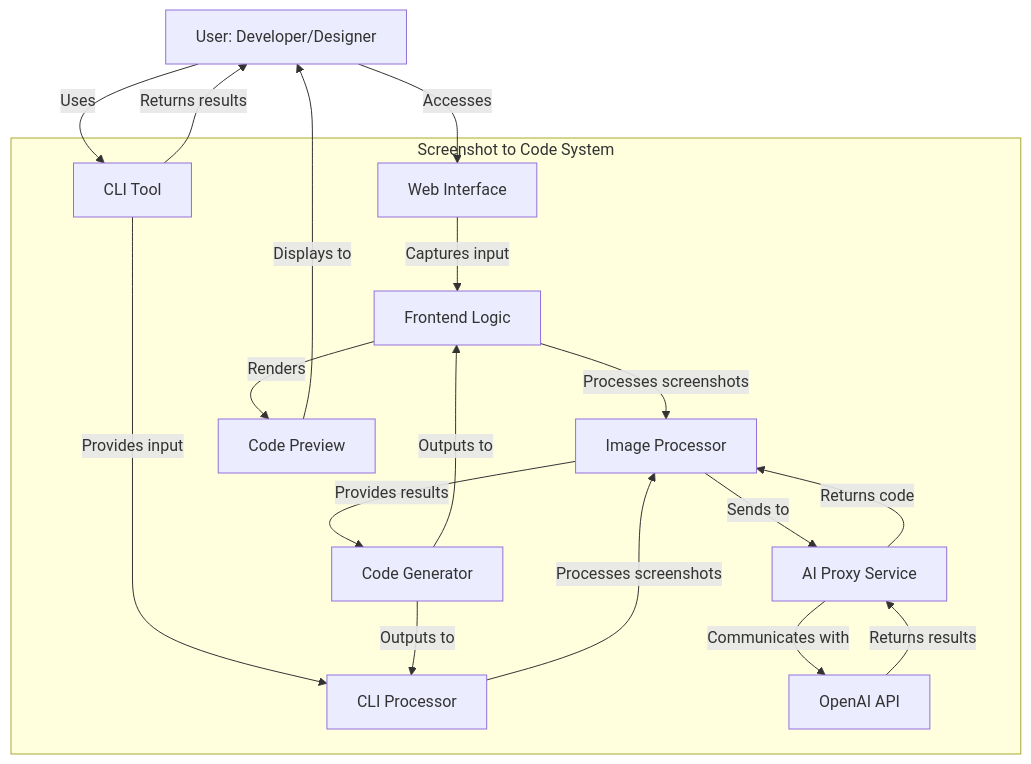
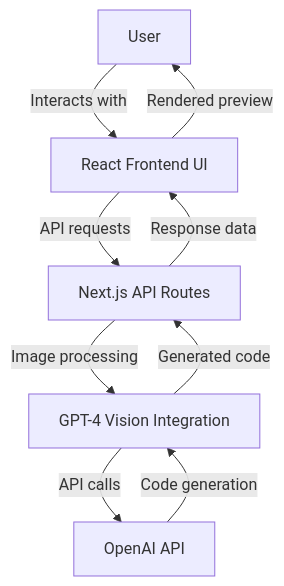
Before and after one commit to xvnpw/ai-security-analyzer: the second of 4 diagrams in examples/github-sec-design-screenshot-to-code-anthropicclaude-3.7-sonnetthinking.md, drawn with Mermaid. The commit also changed other lines of this file and 30 other files, not shown here.

````diff
--- a/examples/github-sec-design-screenshot-to-code-anthropicclaude-3.7-sonnetthinking.md
+++ b/examples/github-sec-design-screenshot-to-code-anthropicclaude-3.7-sonnetthinking.md
@@ -95,30 +88,11 @@
 ```mermaid
 graph TD
-    User[User: Developer/Designer] -->|Accesses| WebUI[Web Interface]
-    User -->|Uses| CLI[CLI Tool]
-
-    subgraph "Screenshot to Code System"
-        WebUI -->|Captures input| FrontendLogic[Frontend Logic]
-        CLI -->|Provides input| CLIProcessor[CLI Processor]
-
-        FrontendLogic -->|Processes screenshots| ImageProcessor[Image Processor]
-        CLIProcessor -->|Processes screenshots| ImageProcessor
-
-        ImageProcessor -->|Sends to| AIProxyService[AI Proxy Service]
-
-        AIProxyService -->|Communicates with| OpenAI[OpenAI API]
-
-        OpenAI -->|Returns results| AIProxyService
-        AIProxyService -->|Returns code| ImageProcessor
-
-        ImageProcessor -->|Provides results| CodeGenerator[Code Generator]
-
-        CodeGenerator -->|Outputs to| FrontendLogic
-        CodeGenerator -->|Outputs to| CLIProcessor
-
-        FrontendLogic -->|Renders| CodePreview[Code Preview]
-    end
-
-    CLI -->|Returns results| User
-    CodePreview -->|Displays to| User
+    User[User] -->|Interacts with| FrontendUI[React Frontend UI]
+    FrontendUI -->|API requests| BackendServices[Next.js API Routes]
+    BackendServices -->|Image processing| AIInteraction[GPT-4 Vision Integration]
+    AIInteraction -->|API calls| OpenAI[OpenAI API]
+    OpenAI -->|Code generation| AIInteraction
+    AIInteraction -->|Generated code| BackendServices
+    BackendServices -->|Response data| FrontendUI
+    FrontendUI -->|Rendered preview| User
 ```
````
